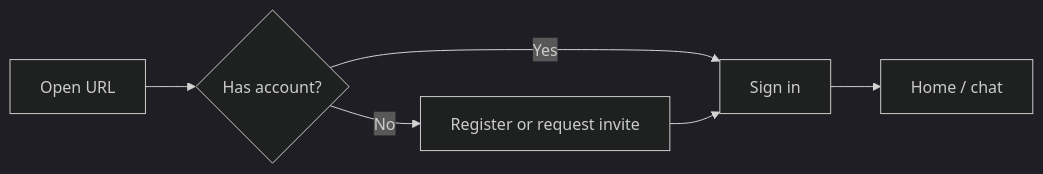
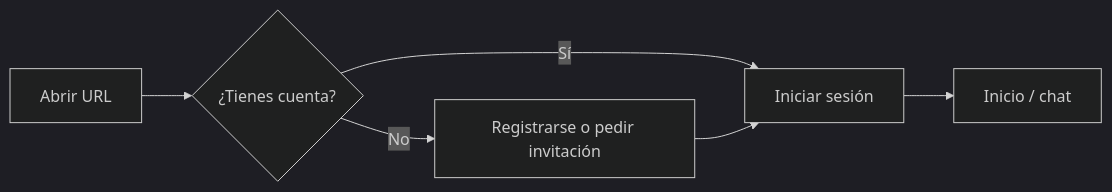
One commit to 13g4d0/docu-es changed the diagram in docs/user-guide/open-webui-basics.md. Above: the diagram before and after it, drawn with Mermaid (dark theme). The commit also changed other lines of this file and 38 other files, not shown here.

````diff
--- a/docs/user-guide/open-webui-basics.md
+++ b/docs/user-guide/open-webui-basics.md
@@ -11,8 +11,8 @@
 ```mermaid
 flowchart LR
-  A[Open URL] --> B{Has account?}
-  B -->|No| C[Register or request invite]
-  B -->|Yes| D[Sign in]
+  A[Abrir URL] --> B{¿Tienes cuenta?}
+  B -->|No| C[Registrarse o pedir invitación]
+  B -->|Sí| D[Iniciar sesión]
   C --> D
-  D --> E[Home / chat]
+  D --> E[Inicio / chat]
 ```
````
